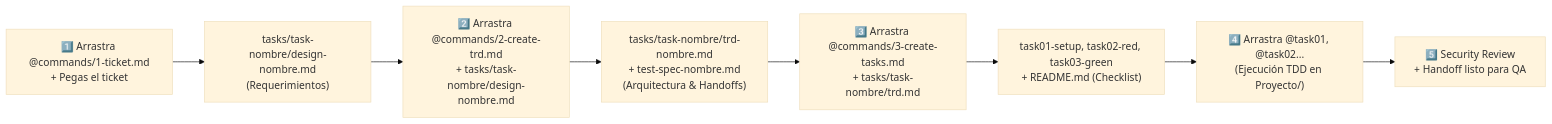
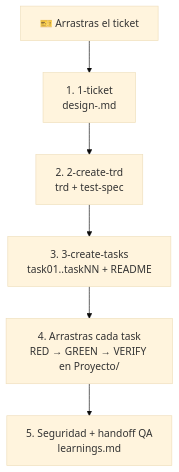
The diagram in README.md (NXT-pixel/Faena), drawn with Mermaid (base theme) before and after one commit. The commit also changed other lines of this file and 2 other files, not shown here.

````diff
--- a/README.md
+++ b/README.md
@@ -71,10 +146,8 @@
 ```mermaid
-flowchart LR
-    C1["1️⃣ Arrastra @commands/1-ticket.md\n+ Pegas el ticket"] --> O1["tasks/task-nombre/design-nombre.md\n(Requerimientos)"]
-    O1 --> C2["2️⃣ Arrastra @commands/2-create-trd.md\n+ tasks/task-nombre/design-nombre.md"]
-    C2 --> O2["tasks/task-nombre/trd-nombre.md\n+ test-spec-nombre.md\n(Arquitectura & Handoffs)"]
-    O2 --> C3["3️⃣ Arrastra @commands/3-create-tasks.md\n+ tasks/task-nombre/trd.md"]
-    C3 --> O3["task01-setup, task02-red, task03-green\n+ README.md (Checklist)"]
-    O3 --> C4["4️⃣ Arrastra @task01, @task02...\n(Ejecución TDD en Proyecto/)"]
-    C4 --> O4["5️⃣ Security Review\n+ Handoff listo para QA"]
+flowchart TD
+    T["🎫 Arrastras el ticket"] --> P1["1. 1-ticket<br/>design-<nombre>.md"]
+    P1 --> P2["2. 2-create-trd<br/>trd + test-spec"]
+    P2 --> P3["3. 3-create-tasks<br/>task01..taskNN + README"]
+    P3 --> P4["4. Arrastras cada task<br/>RED → GREEN → VERIFY en Proyecto/"]
+    P4 --> P5["5. Seguridad + handoff QA<br/>learnings.md"]
 ```
````
